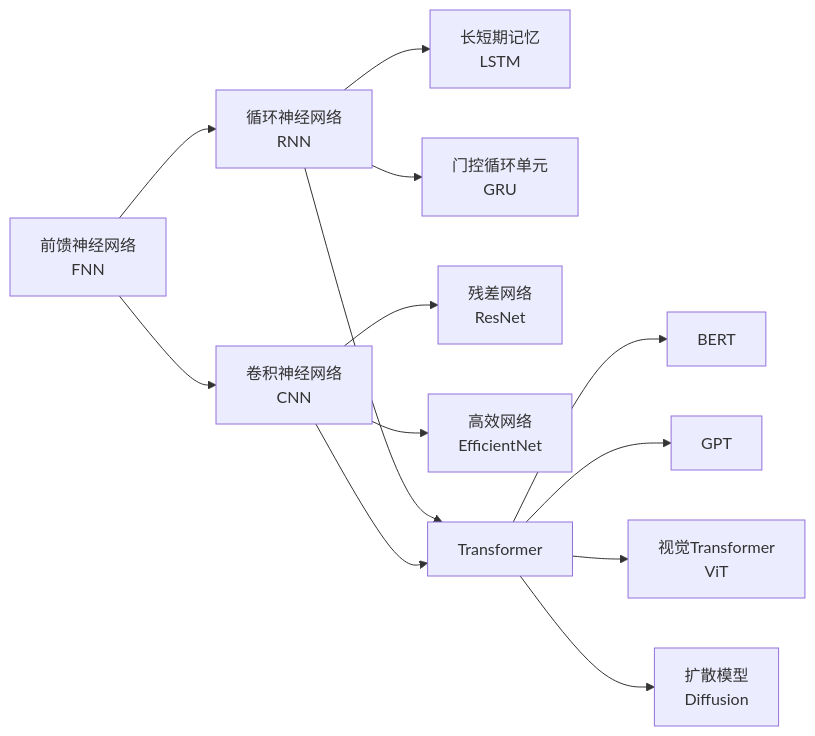
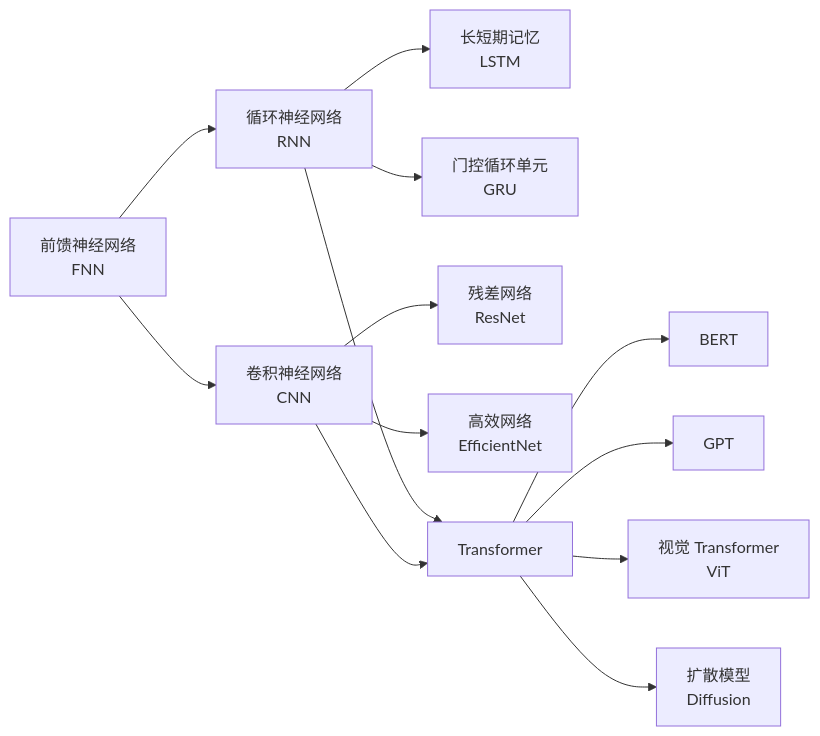
The diagram in 00_KnowledgeFramework/LearningPaths/深度学习.md (Tianshang301/TianshangKnowledgeBase), drawn with Mermaid before and after one commit. The commit also changed 2257 other files, not shown here.

````diff
--- a/00_KnowledgeFramework/LearningPaths/深度学习.md
+++ b/00_KnowledgeFramework/LearningPaths/深度学习.md
@@ -27,15 +27,15 @@
 ```mermaid
 flowchart LR
     FNN[前馈神经网络<br/>FNN] --> CNN[卷积神经网络<br/>CNN]
     FNN --> RNN[循环神经网络<br/>RNN]
     RNN --> LSTM[长短期记忆<br/>LSTM]
     RNN --> GRU[门控循环单元<br/>GRU]
     CNN --> ResNet[残差网络<br/>ResNet]
     CNN --> EfficientNet[高效网络<br/>EfficientNet]
     RNN --> Transformer
     CNN --> Transformer
     Transformer --> BERT
     Transformer --> GPT
-    Transformer --> ViT[视觉Transformer<br/>ViT]
+    Transformer --> ViT[视觉 Transformer<br/>ViT]
     Transformer --> Diffusion[扩散模型<br/>Diffusion]
 ```
````
